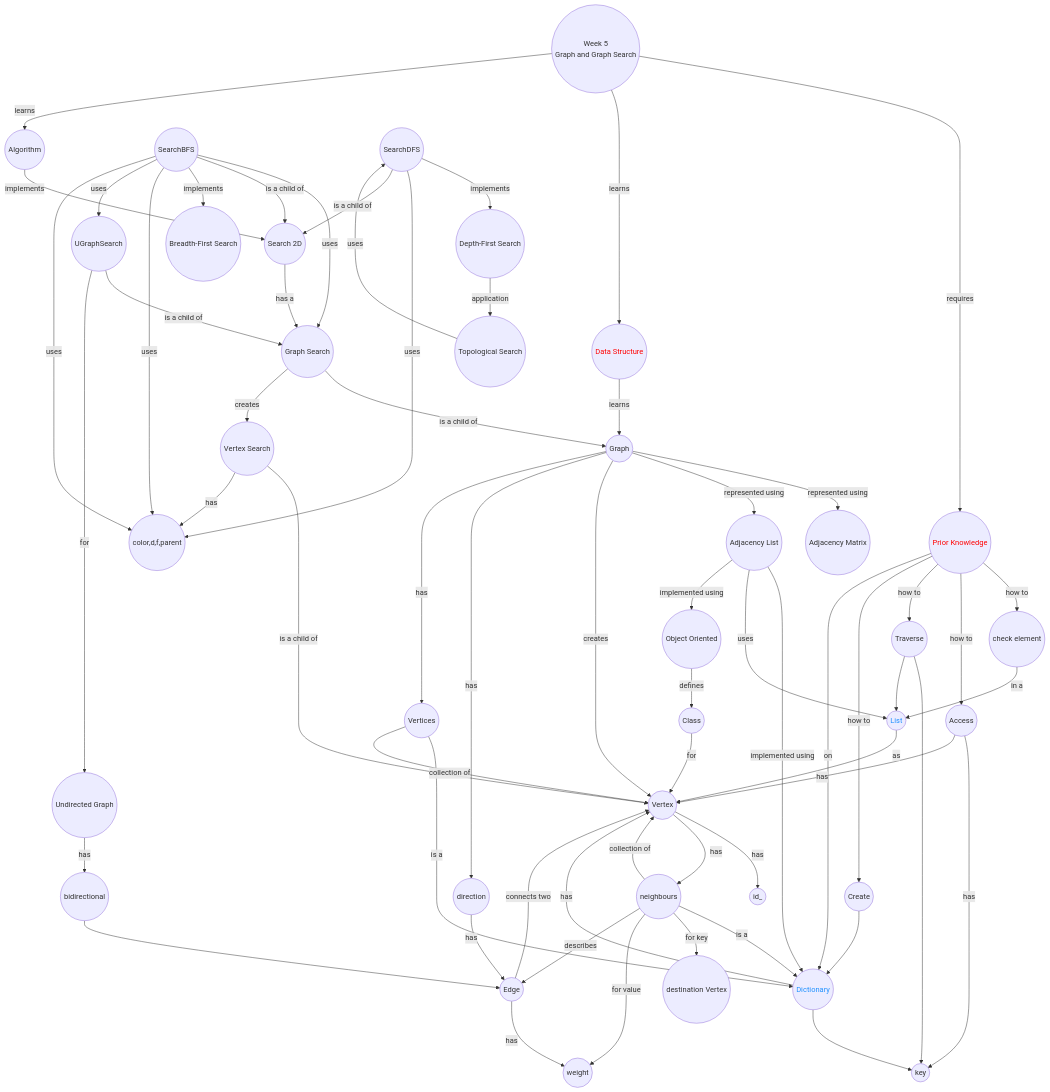
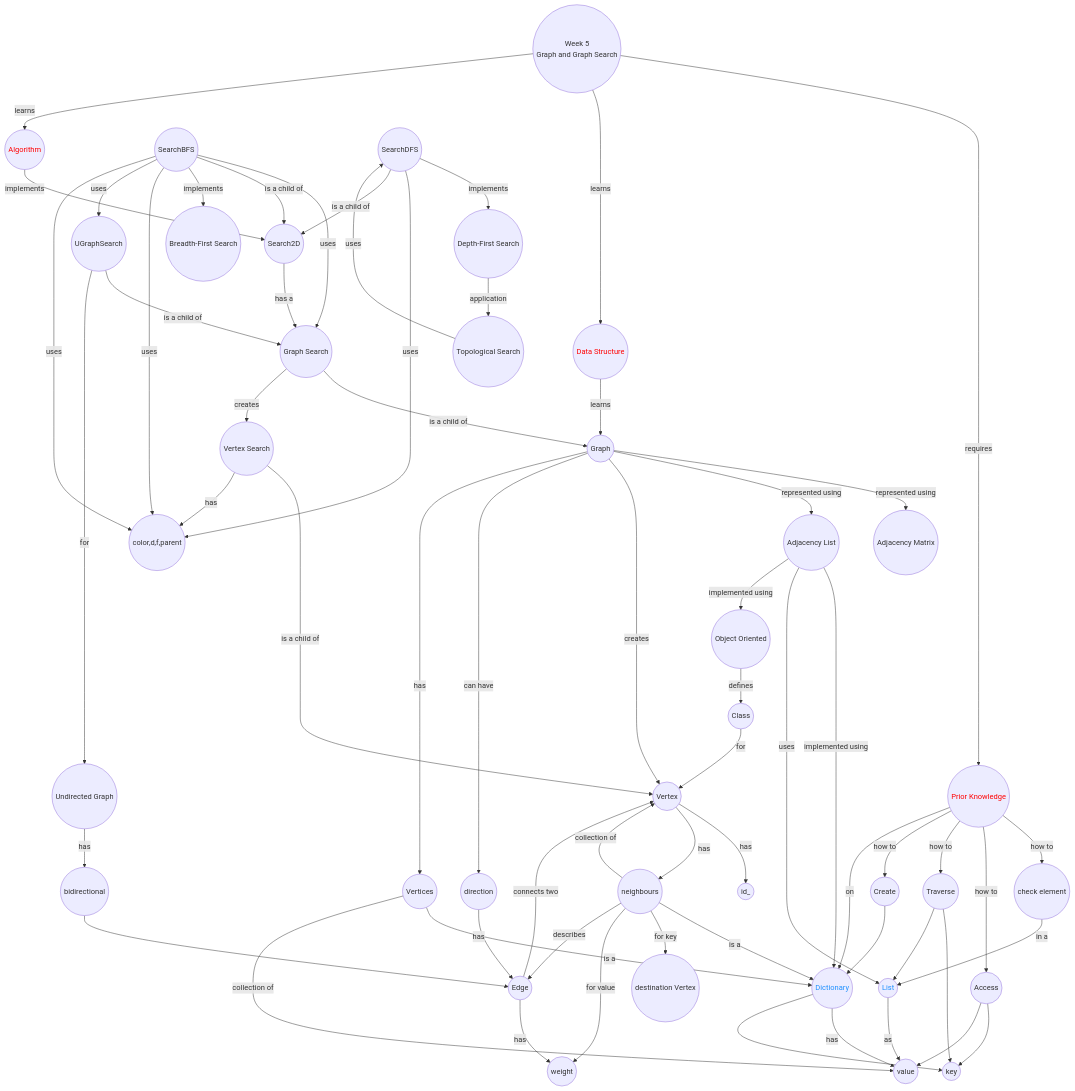
Before and after one commit to natalieagus/10020: the diagram in learning-objectives/05-searching-data.md, drawn with Mermaid. The commit also changed 9 other files, not shown here.

````diff
--- a/learning-objectives/05-searching-data.md
+++ b/learning-objectives/05-searching-data.md
@@ -18,68 +18,69 @@
 ```mermaid
 flowchart TD
     PK((Prior Knowledge)) --> |how to| CE((check element))
     style PK color:red
     PK --> |how to| A((Access))
     PK --> |how to| T((Traverse))
     PK --> |how to| CT((Create))
     PK --> |on| DT((Dictionary))
     style DT color:dodgerblue
-    A --> |has| K((key))
-    A --> |has| V((value))
+    A -->  K((key))
+    A -->  V((value))
     CE --> |in a| L((List))
     style L color:dodgerblue
     T --> K
     T --> L
     CT --> DT
     DT --> |has| V
     DT --> K
     L --> |as| V
     W((Week 5<br>Graph and Graph Search)) --> |requires| PK
     W --> |learns| DS((Data Structure))
     style DS color:red
     DS --> |learns| G((Graph))
     G --> |represented using| AM((Adjacency Matrix))
     G --> |represented using| AL((Adjacency List))
     AL --> |implemented using| DT
     AL --> |uses| L
     AL --> |implemented using| OO((Object Oriented))
-    G --> |creates| V((Vertex))
-    G --> |has| D((direction))
+    G --> |creates| VX((Vertex))
+    G --> |can have| D((direction))
     G --> |has| VS((Vertices))
     VS --> |is a| DT
     W --> |learns| ALGO((Algorithm))
-    ALGO --> |implements| S2D((Search 2D))
+    style ALGO color:red
+    ALGO --> |implements| S2D((Search2D))
     S2D --> |has a| GS((Graph Search))
     GS --> |is a child of| G
     VS --> |collection of| V
-    V  --> |has| ID((id_))
-    V --> |has| N((neighbours))
-    N --> |collection of| V
+    VX  --> |has| ID((id_))
+    VX --> |has| N((neighbours))
+    N --> |collection of| VX
     OO --> |defines| CL((Class))
-    CL --> |for| V
+    CL --> |for| VX
     N --> |is a| DT
     N --> |for key| DV((destination Vertex))
     N --> |for value| WEIGHT((weight))
     D --> |has| EDGE((Edge))
     EDGE --> |has| WEIGHT
     N --> |describes| EDGE
-    EDGE --> |connects two| V
+    EDGE --> |connects two| VX
     GS --> |creates| VSH((Vertex Search))
-    VSH --> |is a child of| V
+    VSH --> |is a child of| VX
     VSH --> |has| CDFP((color,d,f,parent))
     UGS((UGraphSearch)) --> |is a child of| GS
     UGS --> |for| UG((Undirected Graph))
     UG --> |has| BD((bidirectional))
     BD --> EDGE
     SBFS((SearchBFS)) --> |uses| GS
     SBFS --> |is a child of| S2D
     SBFS --> |implements| BFS((Breadth-First Search))
     SBFS --> |uses| CDFP
     SBFS --> |uses| UGS
     SBFS --> |uses| CDFP
     SDFS((SearchDFS)) --> |implements| DFS((Depth-First Search))
     SDFS --> |uses| CDFP
     SDFS --> |is a child of| S2D
     TS((Topological Search)) --> |uses| SDFS
     DFS --> |application| TS
 ```
````
